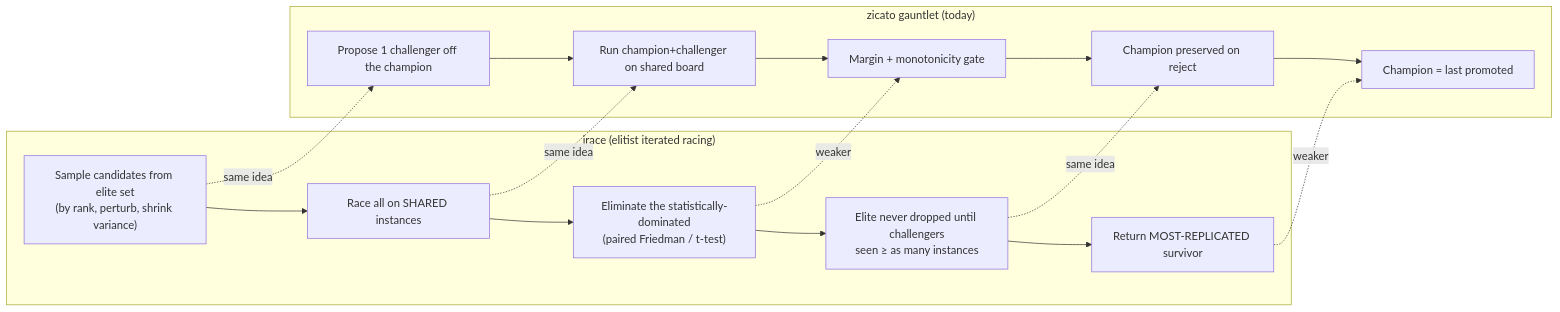
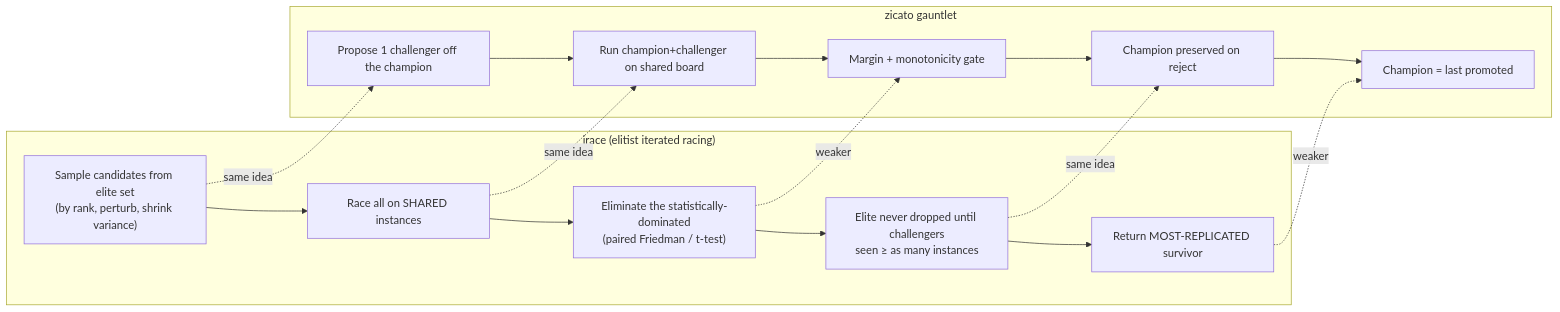
The sixth of 12 diagrams in docs/design/SELECTION.md (pedapudi/zicato), drawn with Mermaid before and after one commit. The commit also changed other lines of this file and 128 other files, not shown here.

````diff
--- a/docs/design/SELECTION.md
+++ b/docs/design/SELECTION.md
@@ -409,24 +437,24 @@
 ```mermaid
 flowchart LR
     subgraph IR["irace (elitist iterated racing)"]
         I1["Sample candidates from elite set<br/>(by rank, perturb, shrink variance)"]
         I2["Race all on SHARED instances"]
         I3["Eliminate the statistically-dominated<br/>(paired Friedman / t-test)"]
         I4["Elite never dropped until challengers<br/>seen ≥ as many instances"]
         I5["Return MOST-REPLICATED survivor"]
         I1-->I2-->I3-->I4-->I5
     end
-    subgraph ZG["zicato gauntlet (today)"]
+    subgraph ZG["zicato gauntlet"]
         Z1["Propose 1 challenger off the champion"]
         Z2["Run champion+challenger on shared board"]
         Z3["Margin + monotonicity gate"]
         Z4["Champion preserved on reject"]
         Z5["Champion = last promoted"]
         Z1-->Z2-->Z3-->Z4-->Z5
     end
     I1 -. same idea .-> Z1
     I2 -. same idea .-> Z2
     I3 -. weaker .-> Z3
     I4 -. same idea .-> Z4
     I5 -. weaker .-> Z5
 ```
````
